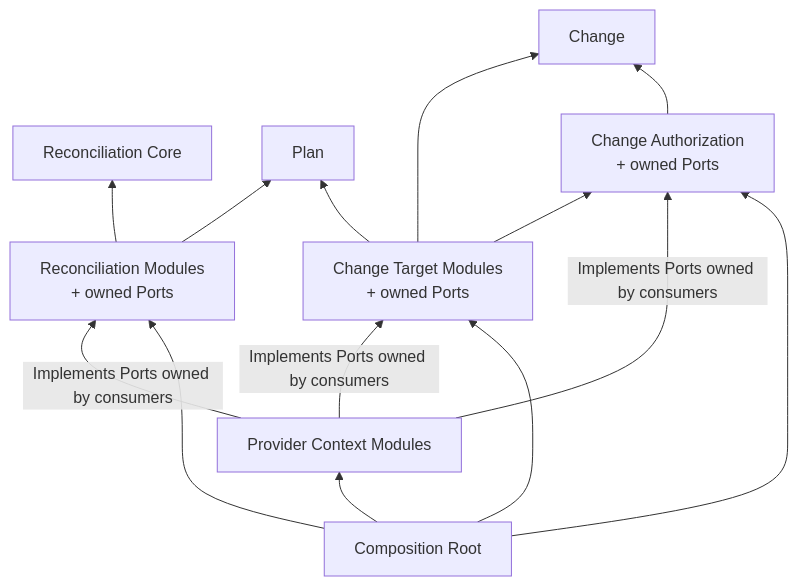
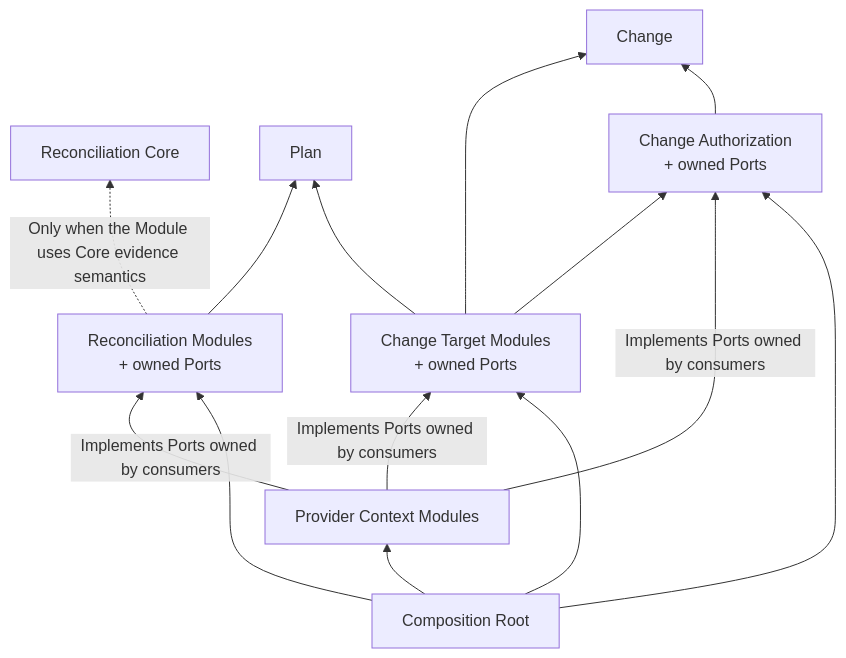
One commit to kotokumu/arcloom changed the third of 3 diagrams in ARCHITECTURE.md. Above: the diagram before and after it, drawn with Mermaid. The commit also changed other lines of this file and 3 other files, not shown here.

````diff
--- a/ARCHITECTURE.md
+++ b/ARCHITECTURE.md
@@ -352,28 +352,28 @@
 ```mermaid
 flowchart BT
     RC[Reconciliation Core]
     C[Change]
     P[Plan]
     CA[Change Authorization<br/>+ owned Ports]
 
     RM[Reconciliation Modules<br/>+ owned Ports]
     CTM[Change Target Modules<br/>+ owned Ports]
     PCM[Provider Context Modules]
     CR[Composition Root]
 
-    RM --> RC
+    RM -.->|Only when the Module uses Core evidence semantics| RC
     RM --> P
     CTM --> C
     CTM --> P
     CTM --> CA
     CA --> C
 
     PCM -->|Implements Ports owned by consumers| RM
     PCM -->|Implements Ports owned by consumers| CTM
     PCM -->|Implements Ports owned by consumers| CA
 
     CR --> RM
     CR --> CTM
     CR --> CA
     CR --> PCM
 ```
````
